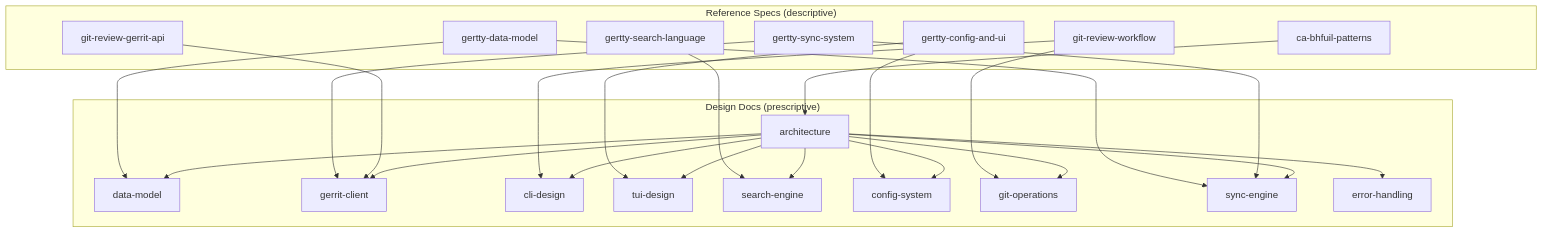
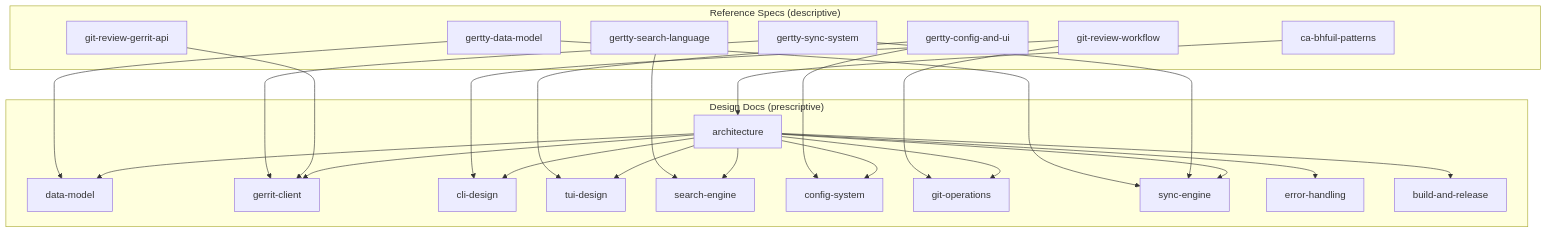
One commit to SeanMooney/grt changed the diagram in docs/design/README.md. Above: the diagram before and after it, drawn with Mermaid. The commit also changed other lines of this file and 4 other files, not shown here.

First line of the commit message:
Incorporate build-and-release.md into design docs

````diff
--- a/docs/design/README.md
+++ b/docs/design/README.md
@@ -66,47 +68,49 @@
 ```mermaid
 graph TD
     subgraph "Reference Specs (descriptive)"
         GDM[gertty-data-model]
         GSS[gertty-sync-system]
         GSL[gertty-search-language]
         GCU[gertty-config-and-ui]
         GRW[git-review-workflow]
         GRA[git-review-gerrit-api]
         CBP[ca-bhfuil-patterns]
     end
 
     subgraph "Design Docs (prescriptive)"
         ARCH[architecture]
         DM[data-model]
         GC[gerrit-client]
         CLI[cli-design]
         TUI[tui-design]
         SE[search-engine]
         CS[config-system]
         GO[git-operations]
         SYNC[sync-engine]
         EH[error-handling]
+        BR[build-and-release]
     end
 
     GDM --> DM
     GDM --> SYNC
     GSS --> SYNC
     GSS --> GC
     GSL --> SE
     GCU --> CS
     GCU --> TUI
     GRW --> CLI
     GRW --> GO
     GRA --> GC
     CBP --> ARCH
 
     ARCH --> DM
     ARCH --> GC
     ARCH --> CLI
     ARCH --> TUI
     ARCH --> SE
     ARCH --> CS
     ARCH --> GO
     ARCH --> SYNC
     ARCH --> EH
+    ARCH --> BR
 ```
````
